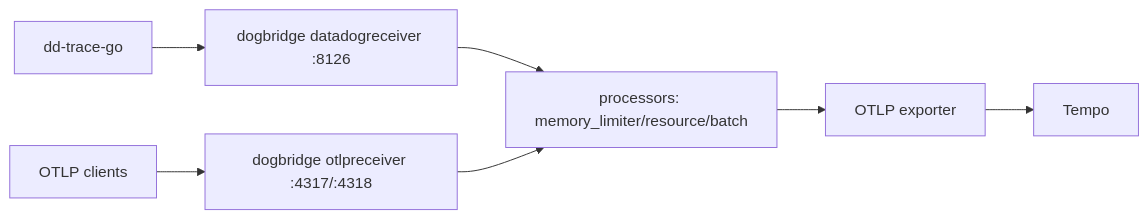
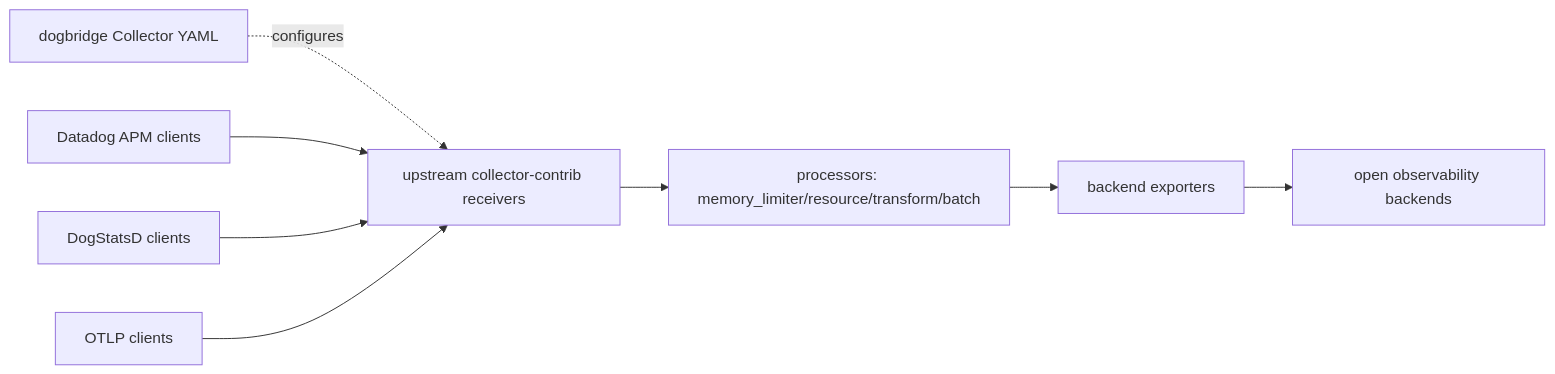
Before and after one commit to phenixrizen/dogbridge: the first of 2 diagrams in README.md, drawn with Mermaid. The commit also changed other lines of this file and 10 other files, not shown here.

Commit message:
rip out dogbridge collector

````diff
--- a/README.md
+++ b/README.md
@@ -16,9 +16,10 @@
 ```mermaid
 flowchart LR
-    A[dd-trace-go] --> B[dogbridge datadogreceiver :8126]
-    C[OTLP clients] --> D[dogbridge otlpreceiver :4317/:4318]
-    B --> E[processors: memory_limiter/resource/batch]
-    D --> E
-    E --> F[OTLP exporter]
-    F --> G[Tempo]
+    CFG[dogbridge Collector YAML] -. configures .-> R
+    DD[Datadog APM clients] --> R[upstream collector-contrib receivers]
+    DS[DogStatsD clients] --> R
+    OTLP[OTLP clients] --> R
+    R --> P[processors: memory_limiter/resource/transform/batch]
+    P --> X[backend exporters]
+    X --> B[open observability backends]
 ```
````
